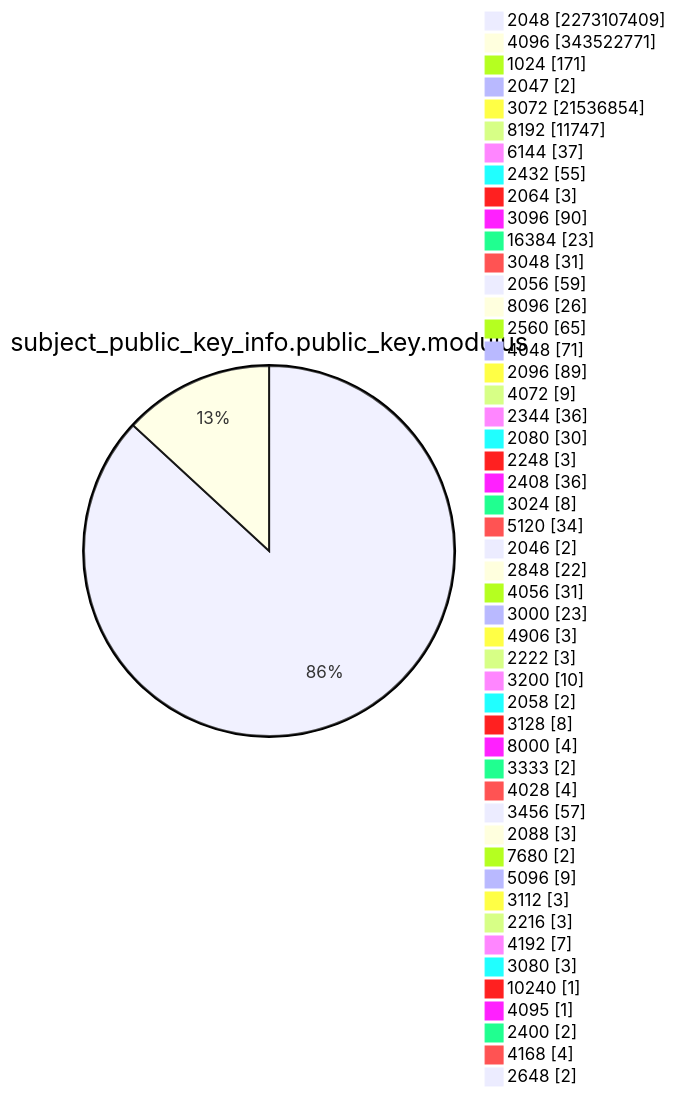
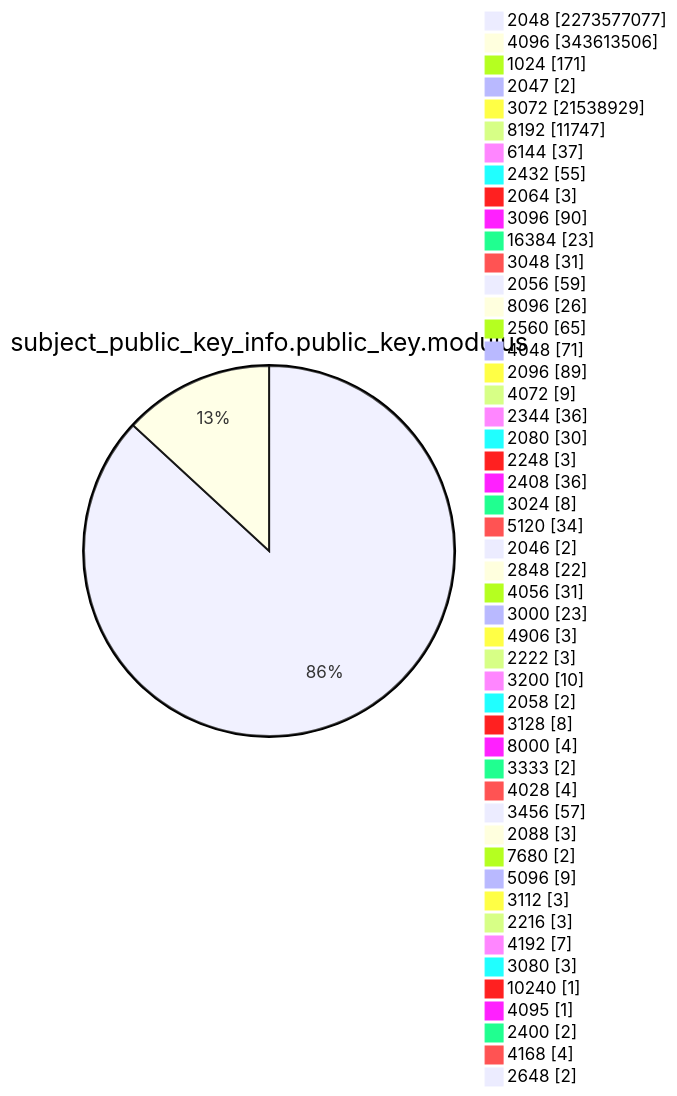
Before and after one commit to christiankrug/ctmonitor_visualization: diagram 13 of 15 in TOTAL/README.md, drawn with Mermaid. The commit also changed other lines of this file, not shown here.

````diff
--- a/TOTAL/README.md
+++ b/TOTAL/README.md
@@ -4165,53 +4165,53 @@
 ```mermaid
 pie showData
 title subject_public_key_info.public_key.modulus
-"2048" :2273107409
-"4096" :343522771
+"2048" :2273577077
+"4096" :343613506
 "1024" :171
 "2047" :2
-"3072" :21536854
+"3072" :21538929
 "8192" :11747
 "6144" :37
 "2432" :55
 "2064" :3
 "3096" :90
 "16384" :23
 "3048" :31
 "2056" :59
 "8096" :26
 "2560" :65
 "4048" :71
 "2096" :89
 "4072" :9
 "2344" :36
 "2080" :30
 "2248" :3
 "2408" :36
 "3024" :8
 "5120" :34
 "2046" :2
 "2848" :22
 "4056" :31
 "3000" :23
 "4906" :3
 "2222" :3
 "3200" :10
 "2058" :2
 "3128" :8
 "8000" :4
 "3333" :2
 "4028" :4
 "3456" :57
 "2088" :3
 "7680" :2
 "5096" :9
 "3112" :3
 "2216" :3
 "4192" :7
 "3080" :3
 "10240" :1
 "4095" :1
 "2400" :2
 "4168" :4
 "2648" :2
 ```
````
